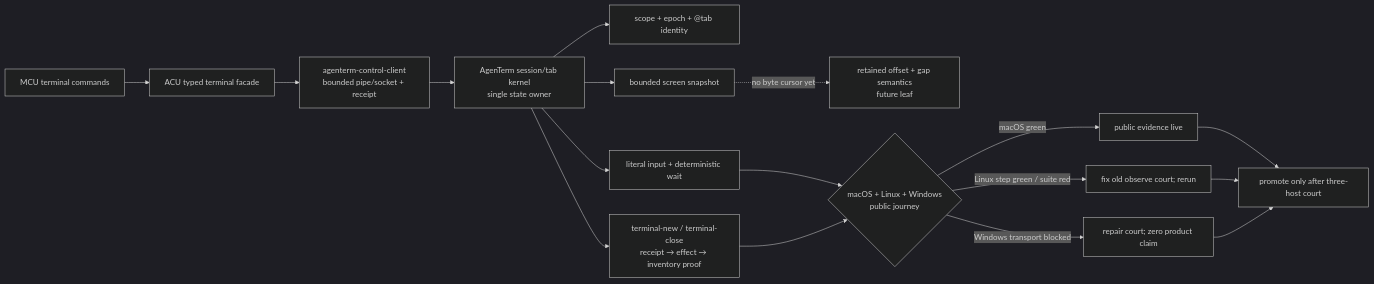
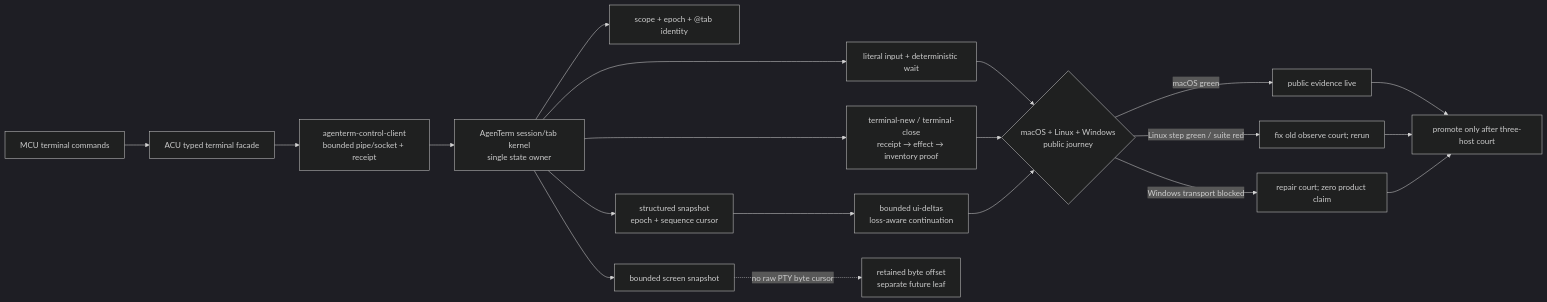
Before and after one commit to partnernetsoftware/agenterm: the first of 2 diagrams in prd/PRD_02_28_agenterm_cu.md, drawn with Mermaid (dark theme). The commit also changed other lines of this file and 14 other files, not shown here.

Commit message:
feat(cu): add loss-aware terminal event cursors

````diff
--- a/prd/PRD_02_28_agenterm_cu.md
+++ b/prd/PRD_02_28_agenterm_cu.md
@@ -455,19 +469,22 @@
 ```mermaid
 flowchart LR
   M["MCU terminal commands"] --> F["ACU typed terminal facade"]
   F --> C["agenterm-control-client<br/>bounded pipe/socket + receipt"]
   C --> K["AgenTerm session/tab kernel<br/>single state owner"]
   K --> I["scope + epoch + @tab identity"]
   K --> L["terminal-new / terminal-close<br/>receipt → effect → inventory proof"]
   K --> S["bounded screen snapshot"]
+  K --> E["structured snapshot<br/>epoch + sequence cursor"]
+  E --> D["bounded ui-deltas<br/>loss-aware continuation"]
   K --> W["literal input + deterministic wait"]
-  S -. "no byte cursor yet" .-> G["retained offset + gap semantics<br/>future leaf"]
+  S -. "no raw PTY byte cursor" .-> G["retained byte offset<br/>separate future leaf"]
   W --> Q{"macOS + Linux + Windows<br/>public journey"}
   L --> Q
+  D --> Q
   Q -->|macOS green| M1["public evidence live"]
   Q -->|Linux step green / suite red| L1["fix old observe court; rerun"]
   Q -->|Windows transport blocked| W1["repair court; zero product claim"]
   M1 --> P["promote only after three-host court"]
   L1 --> P
   W1 --> P
 ```
````
